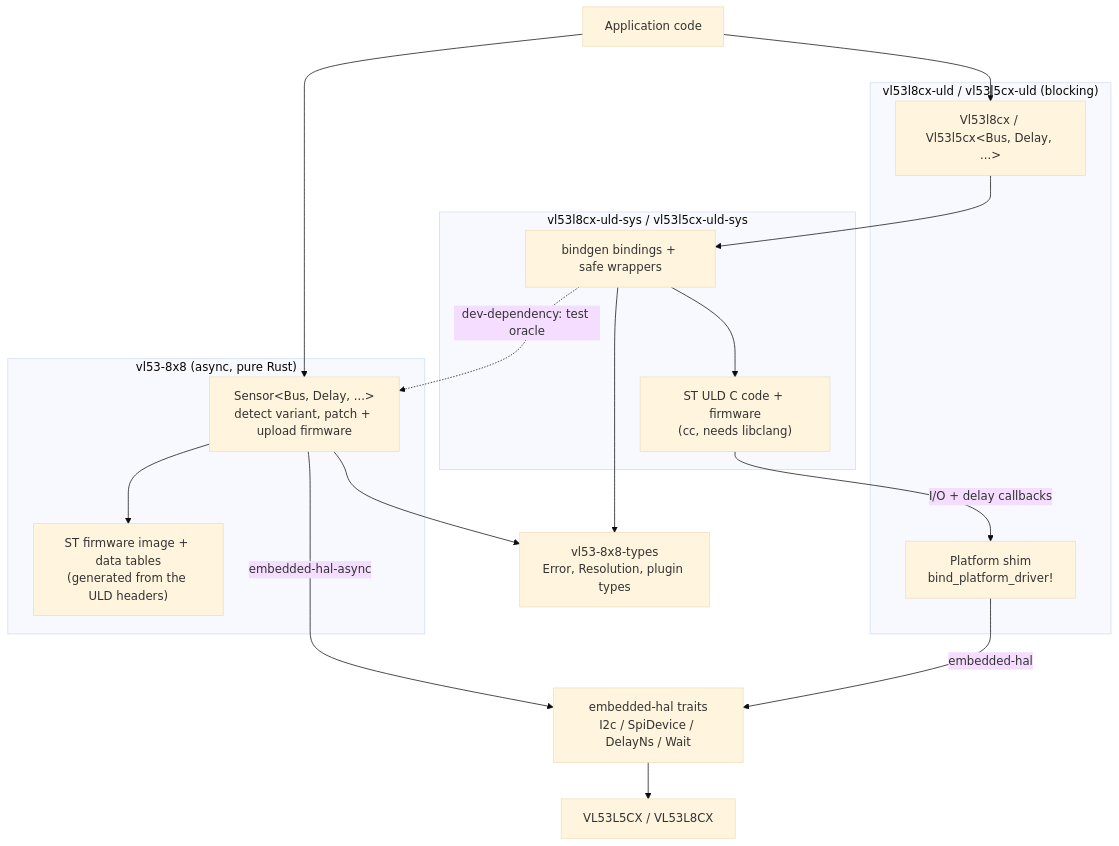
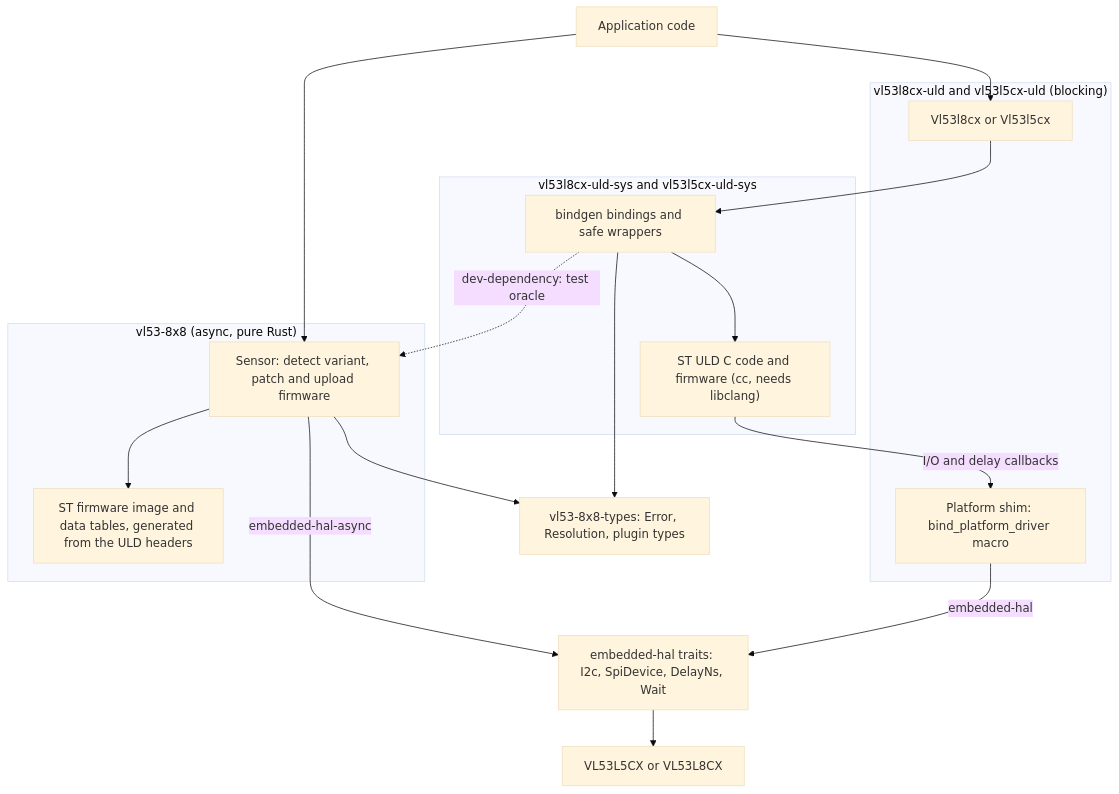
One commit to petegibson/vl53-8x8-rs changed the diagram in README.md. Above: the diagram before and after it, drawn with Mermaid (base theme).

Commit message:
README: architecture diagram in the conservative Mermaid subset GitHub renders (no HTML entities or br tags in labels, pipe edge labels, plain subgraph titles)

````diff
--- a/README.md
+++ b/README.md
@@ -224,33 +224,36 @@
 ```mermaid
-graph TD;
-    UserApp[Application code]
+flowchart TD
+    UserApp["Application code"]
 
-    subgraph "vl53-8x8 (async, pure Rust)"
-        AsyncApi["Sensor&lt;Bus, Delay, ...&gt;<br/>detect variant, patch + upload firmware"]
-        Tables["ST firmware image + data tables<br/>(generated from the ULD headers)"]
+    subgraph async8x8["vl53-8x8 (async, pure Rust)"]
+        AsyncApi["Sensor: detect variant, patch and upload firmware"]
+        Tables["ST firmware image and data tables, generated from the ULD headers"]
     end
 
-    subgraph "vl53l8cx-uld / vl53l5cx-uld (blocking)"
-        BlockingApi["Vl53l8cx / Vl53l5cx&lt;Bus, Delay, ...&gt;"]
-        PlatformShim["Platform shim<br/>bind_platform_driver!"]
+    subgraph uld["vl53l8cx-uld and vl53l5cx-uld (blocking)"]
+        BlockingApi["Vl53l8cx or Vl53l5cx"]
+        PlatformShim["Platform shim: bind_platform_driver macro"]
     end
 
-    subgraph "vl53l8cx-uld-sys / vl53l5cx-uld-sys"
-        Bindings["bindgen bindings + safe wrappers"]
-        ULD["ST ULD C code + firmware<br/>(cc, needs libclang)"]
+    subgraph uldsys["vl53l8cx-uld-sys and vl53l5cx-uld-sys"]
+        Bindings["bindgen bindings and safe wrappers"]
+        ULD["ST ULD C code and firmware (cc, needs libclang)"]
     end
 
-    Types["vl53-8x8-types<br/>Error, Resolution, plugin types"]
+    Types["vl53-8x8-types: Error, Resolution, plugin types"]
+    HAL["embedded-hal traits: I2c, SpiDevice, DelayNs, Wait"]
+    Hardware["VL53L5CX or VL53L8CX"]
 
     UserApp --> AsyncApi
     UserApp --> BlockingApi
     AsyncApi --> Tables
     AsyncApi --> Types
-    BlockingApi --> Bindings --> ULD
-    ULD -- "I/O + delay callbacks" --> PlatformShim
+    BlockingApi --> Bindings
+    Bindings --> ULD
+    ULD -->|I/O and delay callbacks| PlatformShim
     Bindings --> Types
-    AsyncApi -- "embedded-hal-async" --> HAL["embedded-hal traits<br/>I2c / SpiDevice / DelayNs / Wait"]
-    PlatformShim -- "embedded-hal" --> HAL
-    HAL --> Hardware["VL53L5CX / VL53L8CX"]
-    Bindings -. "dev-dependency: test oracle" .-> AsyncApi
+    AsyncApi -->|embedded-hal-async| HAL
+    PlatformShim -->|embedded-hal| HAL
+    HAL --> Hardware
+    Bindings -.->|dev-dependency: test oracle| AsyncApi
 ```
````
